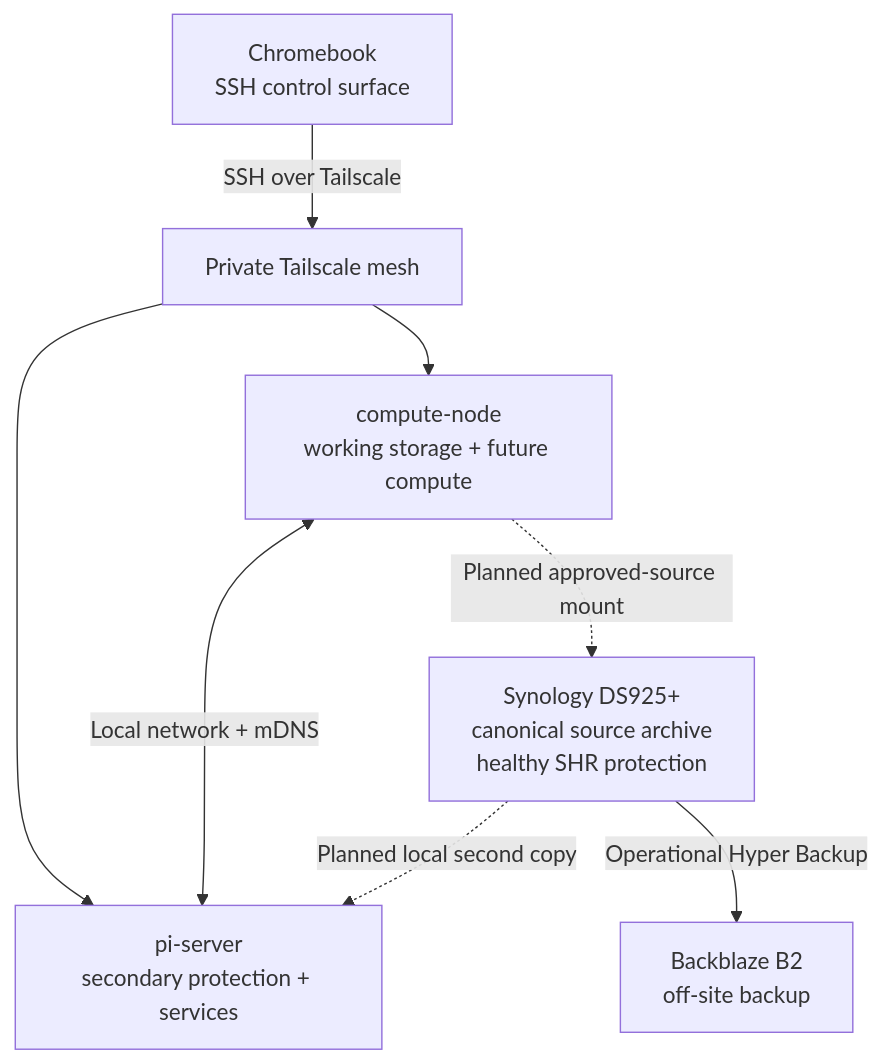
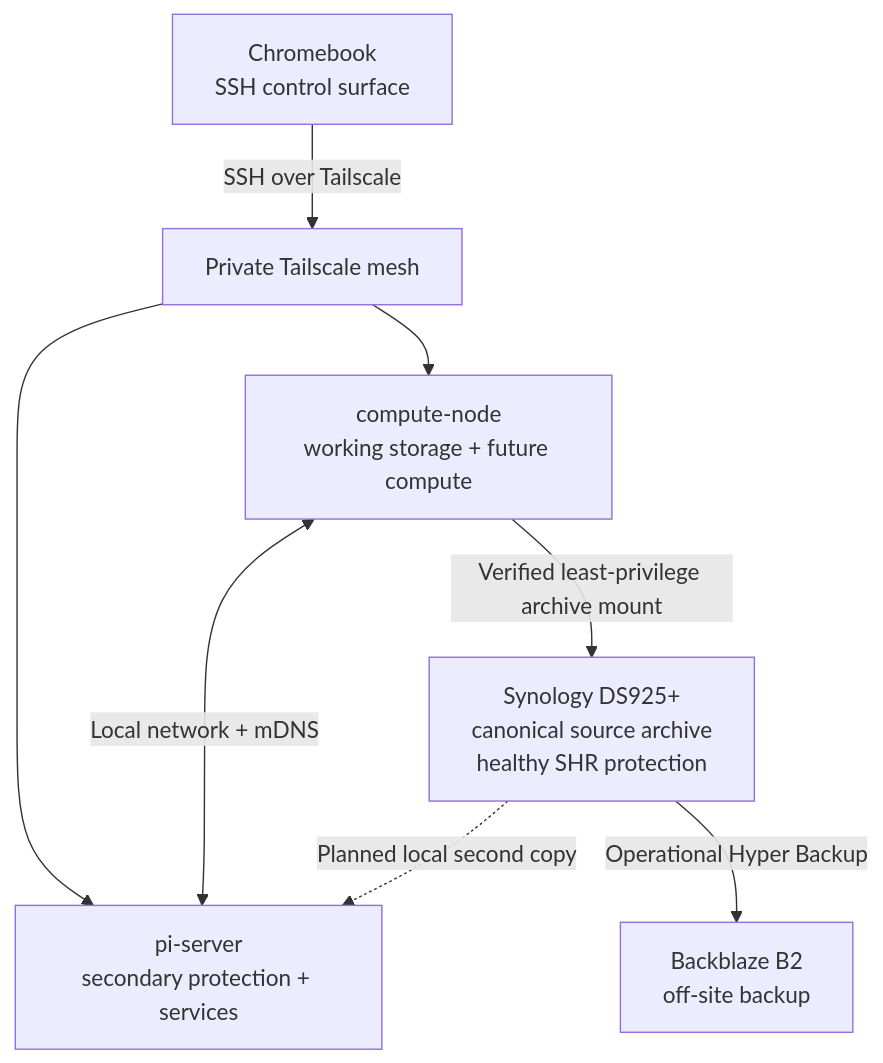
The diagram in diagrams/home-lab-architecture.md (jaustinanderson/home-server-lab), drawn with Mermaid before and after one commit. The commit also changed other lines of this file and 5 other files, not shown here.

````diff
--- a/diagrams/home-lab-architecture.md
+++ b/diagrams/home-lab-architecture.md
@@ -7,10 +7,10 @@
 ```mermaid
 flowchart TD
     C["Chromebook<br/>SSH control surface"] -->|"SSH over Tailscale"| T["Private Tailscale mesh"]
     T --> N["compute-node<br/>working storage + future compute"]
     T --> P["pi-server<br/>secondary protection + services"]
     N <-->|"Local network + mDNS"| P
-    N -.->|"Planned approved-source mount"| S["Synology DS925+<br/>canonical source archive<br/>healthy SHR protection"]
+    N -->|"Verified least-privilege archive mount"| S["Synology DS925+<br/>canonical source archive<br/>healthy SHR protection"]
     S -.->|"Planned local second copy"| P
     S -->|"Operational Hyper Backup"| B["Backblaze B2<br/>off-site backup"]
 ```
````
